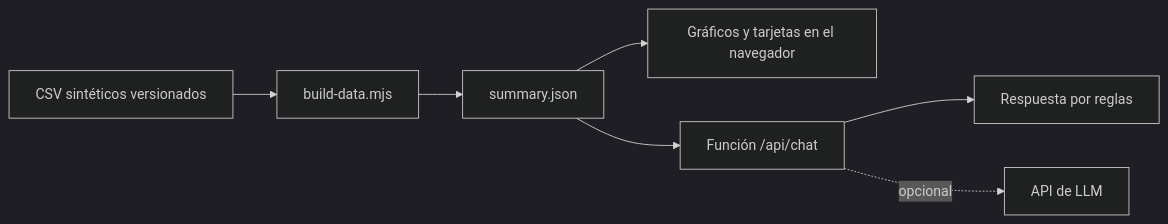
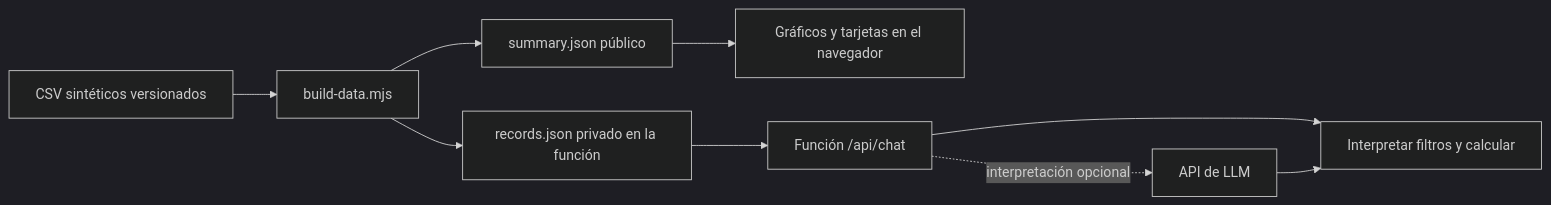
Before and after one commit to SouthClvbDev/portability-data-pipeline: the diagram in web/README.md, drawn with Mermaid (dark theme). The commit also changed other lines of this file and 14 other files, not shown here.

````diff
--- a/web/README.md
+++ b/web/README.md
@@ -17,9 +17,11 @@
 ```mermaid
 flowchart LR
     A[CSV sintéticos versionados] --> B[build-data.mjs]
-    B --> C[summary.json]
+    B --> C[summary.json público]
+    B --> R[records.json privado en la función]
     C --> D[Gráficos y tarjetas en el navegador]
-    C --> E[Función /api/chat]
-    E --> F[Respuesta por reglas]
-    E -. opcional .-> G[API de LLM]
+    R --> E[Función /api/chat]
+    E --> F[Interpretar filtros y calcular]
+    E -. interpretación opcional .-> G[API de LLM]
+    G --> F
 ```
````
